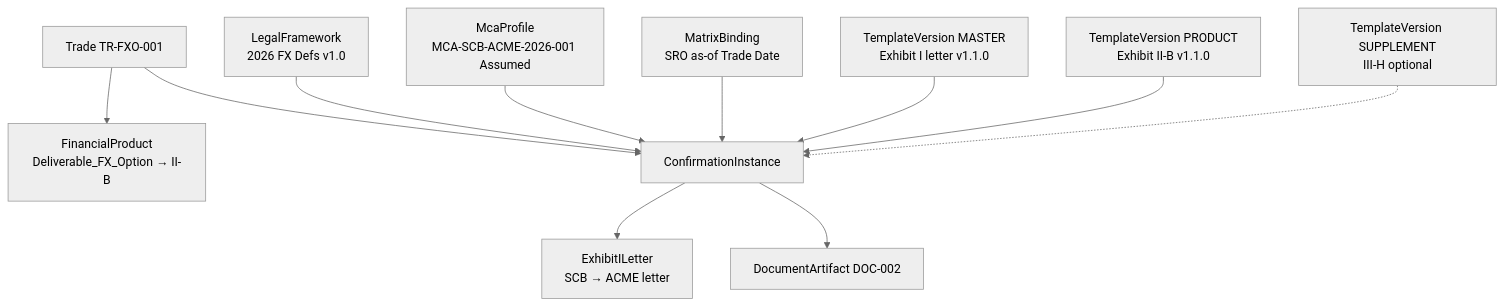
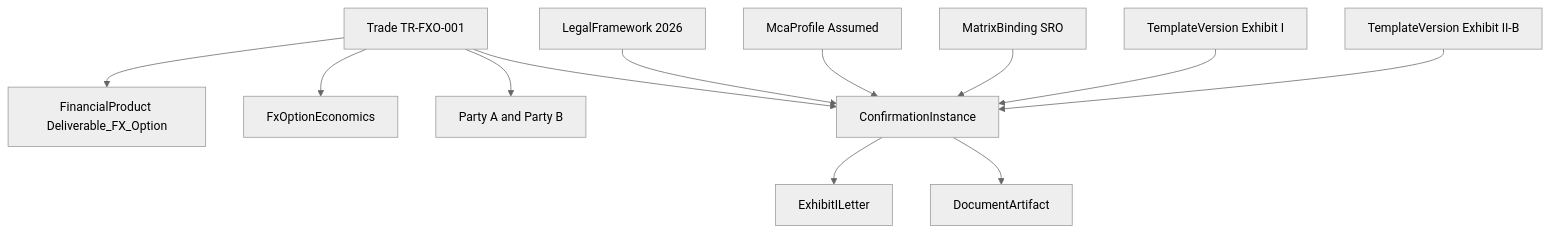
One commit to dae-nan/con4m8ions changed the tenth of 12 diagrams in docs/prd-cdu-ps-v1.md. Above: the diagram before and after it, drawn with Mermaid (neutral theme). The commit also changed other lines of this file and 3 other files, not shown here.

First line of the commit message:
PRD v1.2: state diagrams, mermaid fix, LDM reconcile (CON-5)

````diff
--- a/docs/prd-cdu-ps-v1.md
+++ b/docs/prd-cdu-ps-v1.md
@@ -468,25 +532,27 @@
 ```mermaid
 flowchart TB
-  TR["Trade TR-FXO-001"]
-  FP["FinancialProduct<br/>Deliverable_FX_Option → II-B"]
-  LF["LegalFramework<br/>2026 FX Defs v1.0"]
-  MCA["McaProfile<br/>MCA-SCB-ACME-2026-001 Assumed"]
-  MX["MatrixBinding<br/>SRO as-of Trade Date"]
-  TV_I["TemplateVersion MASTER<br/>Exhibit I letter v1.1.0"]
-  TV_B["TemplateVersion PRODUCT<br/>Exhibit II-B v1.1.0"]
-  TV_H["TemplateVersion SUPPLEMENT<br/>III-H optional"]
-  CI["ConfirmationInstance"]
-  LETTER["ExhibitILetter<br/>SCB → ACME letter"]
-  DA["DocumentArtifact DOC-002"]
+  TR[Trade TR-FXO-001]
+  FP[FinancialProduct Deliverable_FX_Option]
+  ECO[FxOptionEconomics]
+  PAR[Party A and Party B]
+  LF[LegalFramework 2026]
+  MCA[McaProfile Assumed]
+  MX[MatrixBinding SRO]
+  TVI[TemplateVersion Exhibit I]
+  TVB[TemplateVersion Exhibit II-B]
+  CI[ConfirmationInstance]
+  LETTER[ExhibitILetter]
+  DA[DocumentArtifact]
 
   TR --> FP
+  TR --> ECO
+  TR --> PAR
   TR --> CI
   LF --> CI
   MCA --> CI
   MX --> CI
-  TV_I --> CI
-  TV_B --> CI
-  TV_H -.-> CI
+  TVI --> CI
+  TVB --> CI
   CI --> LETTER
   CI --> DA
 ```
````
